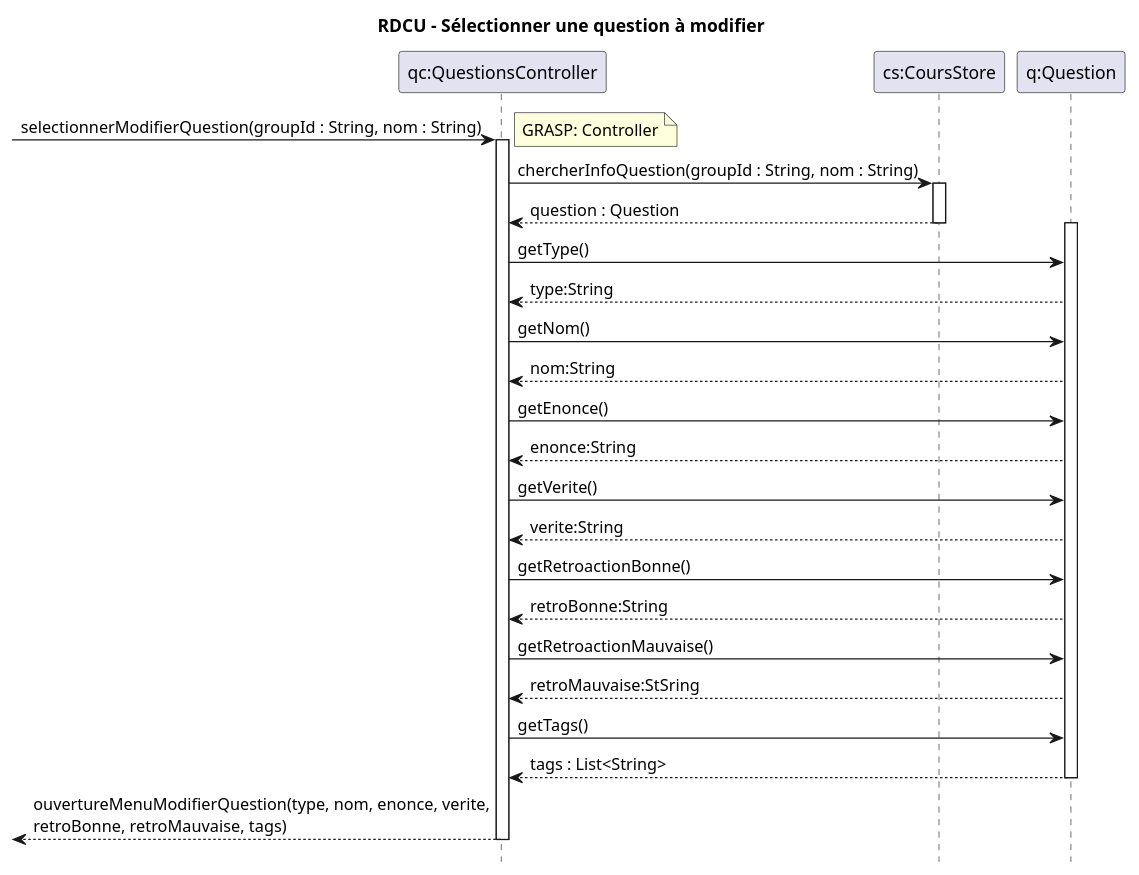
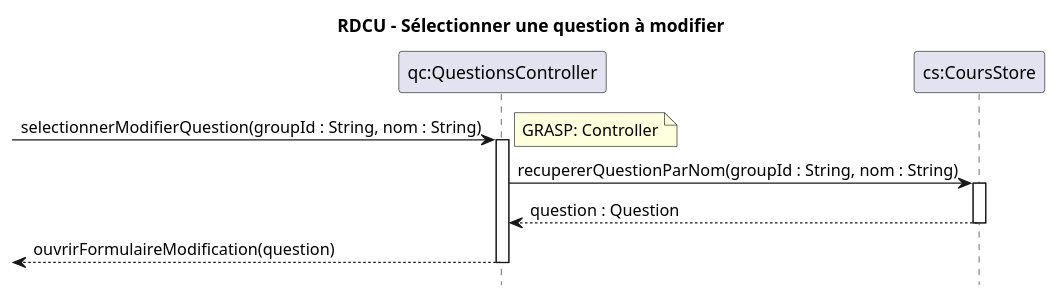
Before and after one commit to xMrYahya/moodle-clone: the diagram in docs/modeles/cu02/rdcu-selectionner-modifier-question.puml, drawn with PlantUML. The commit also changed 12 other files, not shown here.

```diff
--- a/docs/modeles/cu02/rdcu-selectionner-modifier-question.puml
+++ b/docs/modeles/cu02/rdcu-selectionner-modifier-question.puml
@@ -1,44 +1,21 @@
 @startuml
 hide footbox
 title RDCU – Sélectionner une question à modifier
 
 participant "qc:QuestionsController" as QC
 participant "cs:CoursStore" as CS
-participant "q:Question" as Q
 
 -> QC : selectionnerModifierQuestion(groupId : String, nom : String)
 note right: GRASP: Controller
 activate QC
 
-QC -> CS : chercherInfoQuestion(groupId : String, nom : String)
+QC -> CS : recupererQuestionParNom(groupId : String, nom : String)
 activate CS
 CS --> QC : question : Question
 deactivate CS
 
-activate Q
-QC -> Q : getType()
-Q --> QC : type:String
+<-- QC : ouvrirFormulaireModification(question)
 
-QC -> Q : getNom()
-Q --> QC : nom:String
-
-QC -> Q : getEnonce()
-Q --> QC : enonce:String
-
-QC -> Q : getVerite()
-Q --> QC : verite:String
-
-QC -> Q : getRetroactionBonne()
-Q --> QC : retroBonne:String
-
-QC -> Q : getRetroactionMauvaise()
-Q --> QC : retroMauvaise:StSring
-
-QC -> Q : getTags()
-Q --> QC : tags : List<String>
-deactivate Q
-
-<-- QC : ouvertureMenuModifierQuestion(type, nom, enonce, verite,\nretroBonne, retroMauvaise, tags)
 deactivate QC
 
 @enduml
```
